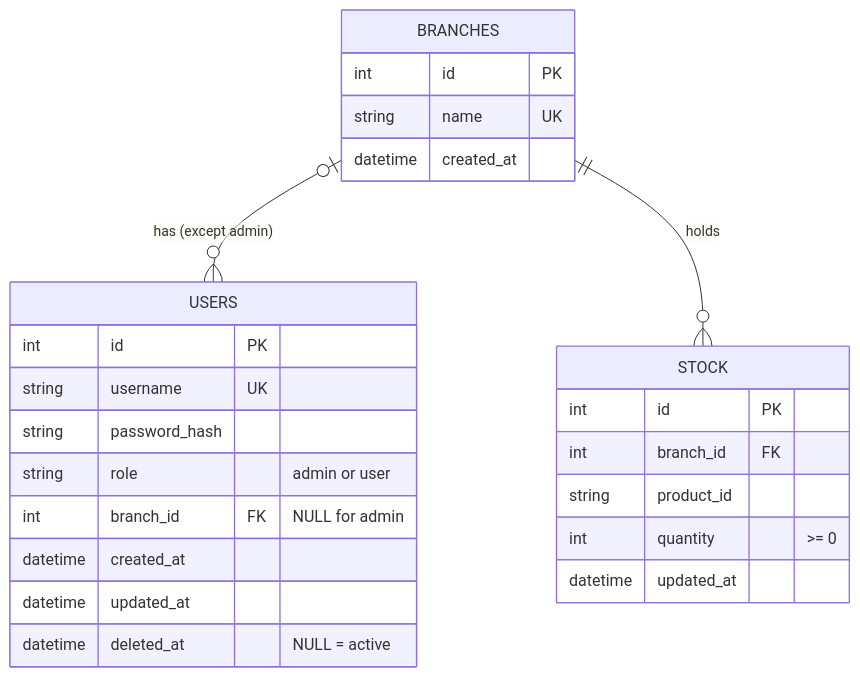
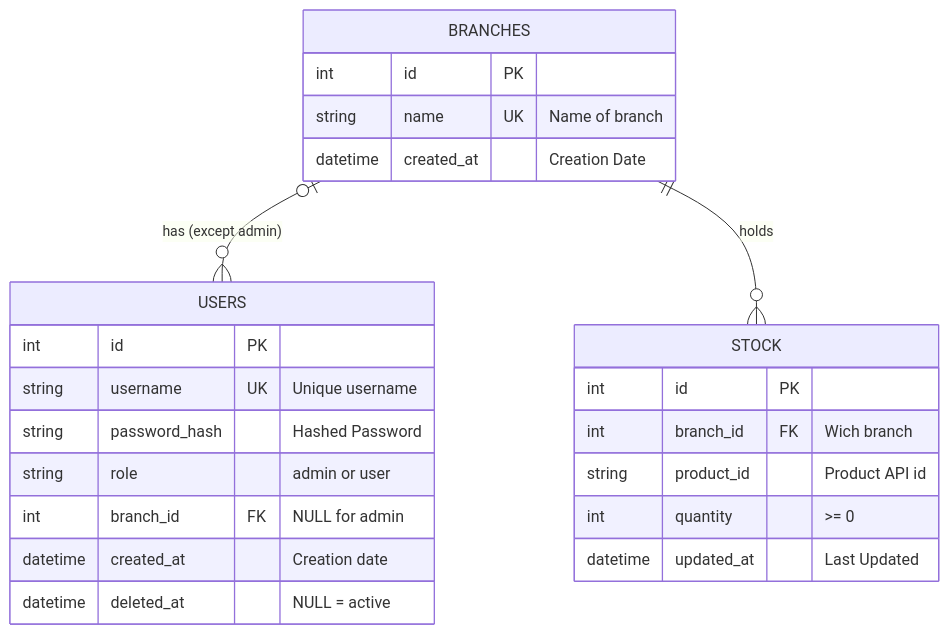
The diagram in docs/database.md (The-TO/HBntory_T_T_D), drawn with Mermaid before and after one commit. The commit also changed other lines of this file, not shown here.

Commit message:
Update database schema and relations documentation for clarity and completeness

````diff
--- a/docs/database.md
+++ b/docs/database.md
@@ -15,27 +27,26 @@
 ```mermaid
 erDiagram
    BRANCHES |o--o{ USERS : "has (except admin)"
    BRANCHES ||--o{ STOCK : holds
    BRANCHES {
        int id PK
-       string name UK
-       datetime created_at
+       string name UK "Name of branch"
+       datetime created_at "Creation Date"
    }
    USERS {
        int id PK
-       string username UK
-       string password_hash
+       string username UK "Unique username"
+       string password_hash "Hashed Password"
        string role "admin or user"
        int branch_id FK "NULL for admin"
-       datetime created_at
-       datetime updated_at
+       datetime created_at "Creation date"
        datetime deleted_at "NULL = active"
    }
    STOCK {
        int id PK
-       int branch_id FK
-       string product_id
+       int branch_id FK "Wich branch"
+       string product_id "Product API id"
        int quantity ">= 0"
-       datetime updated_at
+       datetime updated_at "Last Updated"
    }
 ```
````
